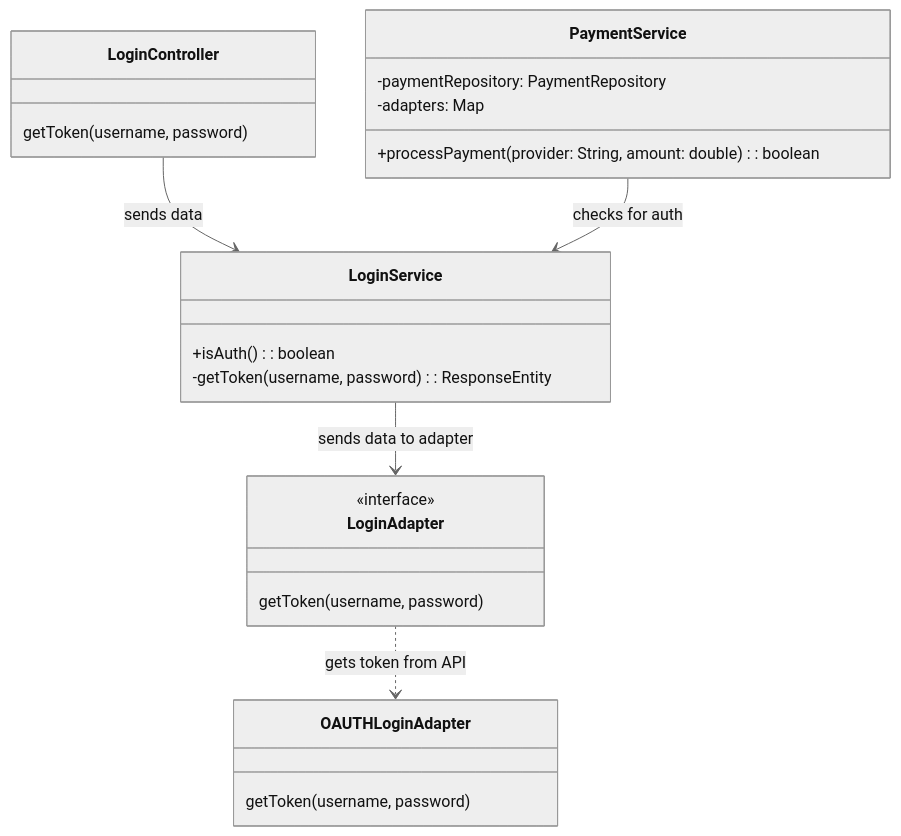
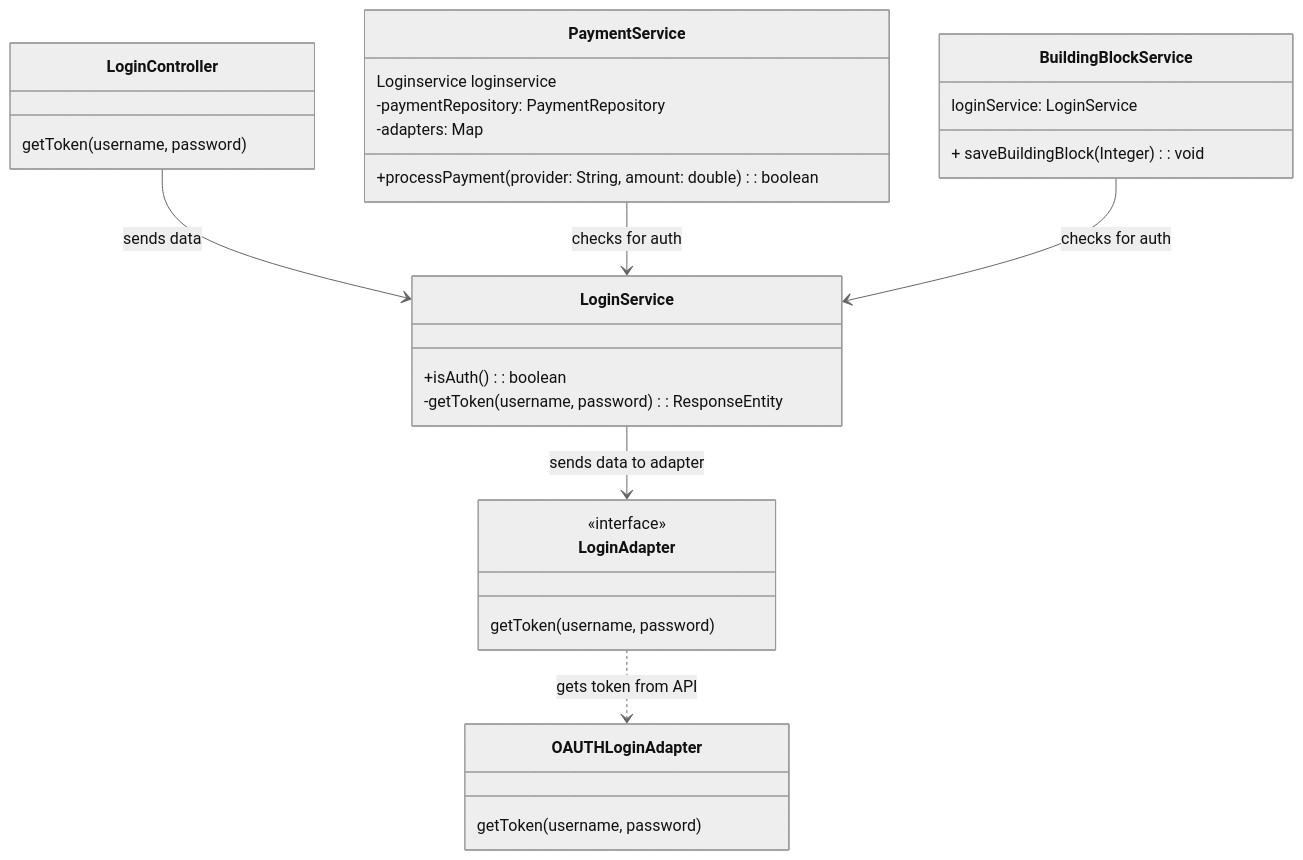
One commit to AIM-ENE-feb25/triptop-inshallahboys changed the diagram in Week2/Les3/Chris/klassendiagram.md. Above: the diagram before and after it, drawn with Mermaid (neutral theme).

Commit message:
Update klassendiagrammen

````diff
--- a/Week2/Les3/Chris/klassendiagram.md
+++ b/Week2/Les3/Chris/klassendiagram.md
@@ -1,34 +1,41 @@
 ```mermaid
 classDiagram
 
 class LoginController{
     getToken(username, password)
 }
 
 class LoginService{
     +isAuth() : boolean
     -getToken(username, password) : ResponseEntity<String>
 }
 
 class LoginAdapter{
     <<interface>>
     getToken(username, password)
 }
 
 class OAUTHLoginAdapter{
     getToken(username, password)
 }
 
 
 class PaymentService {
+    Loginservice loginservice
     +processPayment(provider: String, amount: double): boolean
     -paymentRepository: PaymentRepository
     -adapters: Map<String, PaymentAdapter>
+}
+
+class BuildingBlockService {
+    loginService: LoginService
+    + saveBuildingBlock(Integer): void
 }
 
 LoginController --> LoginService : sends data
 LoginService --> LoginAdapter : sends data to adapter
 LoginAdapter ..> OAUTHLoginAdapter : gets token from API
 PaymentService --> LoginService : checks for auth
+BuildingBlockService --> LoginService : checks for auth
 
 ```
````
